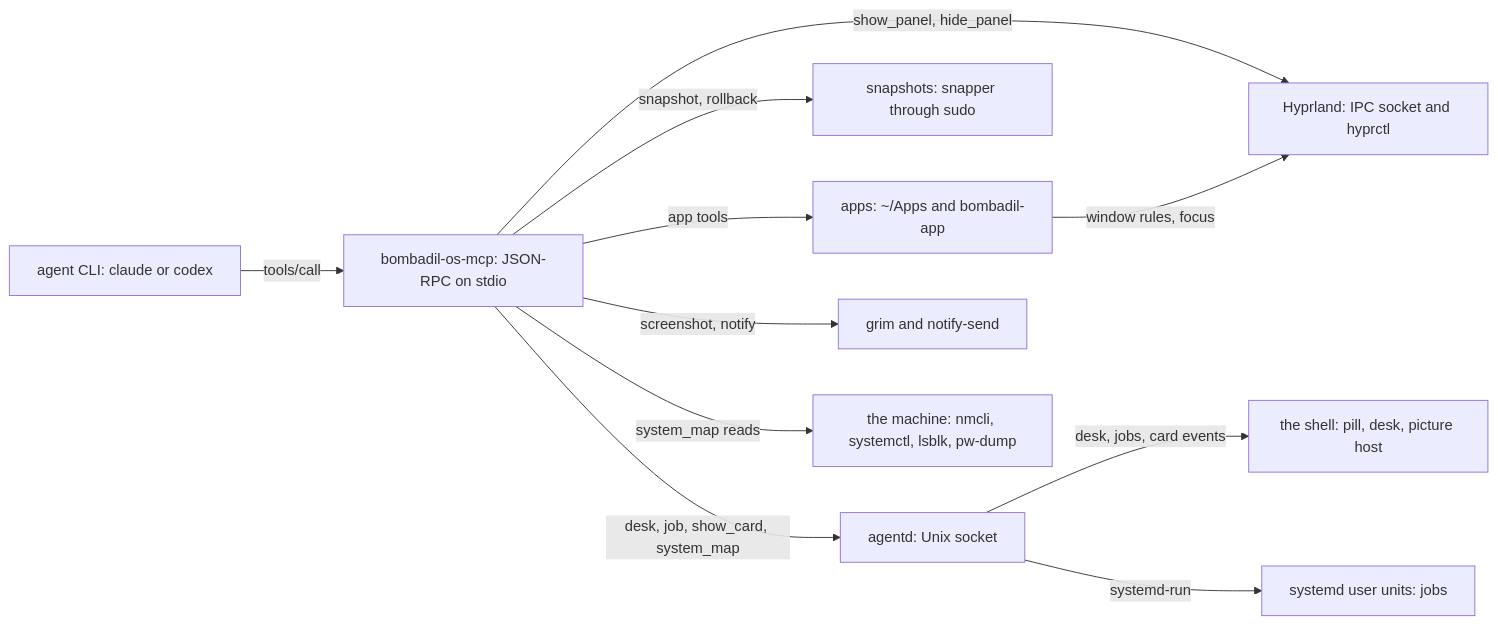
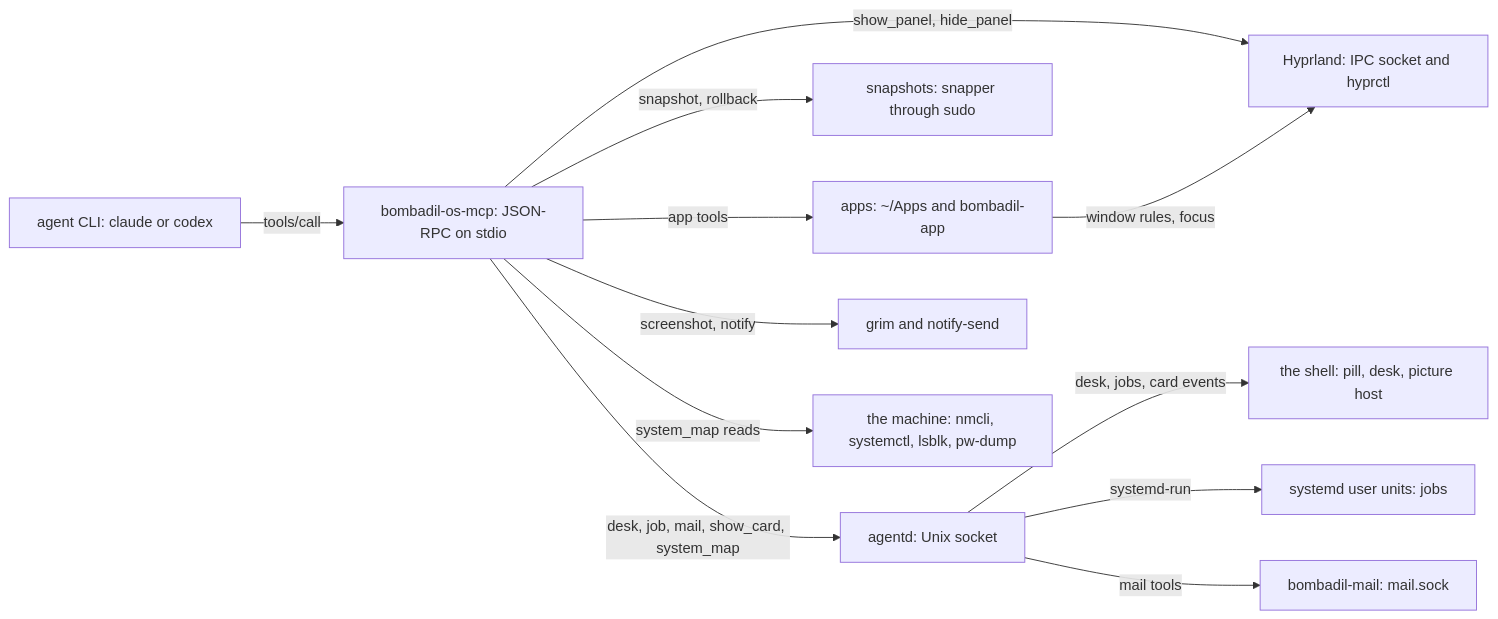
One commit to thedefaultman/Bombadil changed the first of 2 diagrams in docs/architecture/os-mcp.md. Above: the diagram before and after it, drawn with Mermaid. The commit also changed other lines of this file and 10 other files, not shown here.

First line of the commit message:
docs: neutral disk name in the mark page and the decision log; scrubbed tips, mail view and design system notes

````diff
--- a/docs/architecture/os-mcp.md
+++ b/docs/architecture/os-mcp.md
@@ -12,24 +12,26 @@
 ```mermaid
 flowchart LR
     CLI["agent CLI: claude or codex"]
     MCP["bombadil-os-mcp: JSON-RPC on stdio"]
     HYPR["Hyprland: IPC socket and hyprctl"]
     APPS["apps: ~/Apps and bombadil-app"]
     SNAP["snapshots: snapper through sudo"]
     AGENTD["agentd: Unix socket"]
     SHELL["the shell: pill, desk, picture host"]
     UNITS["systemd user units: jobs"]
     LOCAL["grim and notify-send"]
     MACHINE["the machine: nmcli, systemctl, lsblk, pw-dump"]
+    MAILSVC["bombadil-mail: mail.sock"]
 
     CLI -->|"tools/call"| MCP
     MCP -->|"show_panel, hide_panel"| HYPR
     MCP -->|"app tools"| APPS
     APPS -->|"window rules, focus"| HYPR
     MCP -->|"snapshot, rollback"| SNAP
-    MCP -->|"desk, job, show_card, system_map"| AGENTD
+    MCP -->|"desk, job, mail, show_card, system_map"| AGENTD
     AGENTD -->|"desk, jobs, card events"| SHELL
     AGENTD -->|"systemd-run"| UNITS
+    AGENTD -->|"mail tools"| MAILSVC
     MCP -->|"screenshot, notify"| LOCAL
     MCP -->|"system_map reads"| MACHINE
 ```
````
